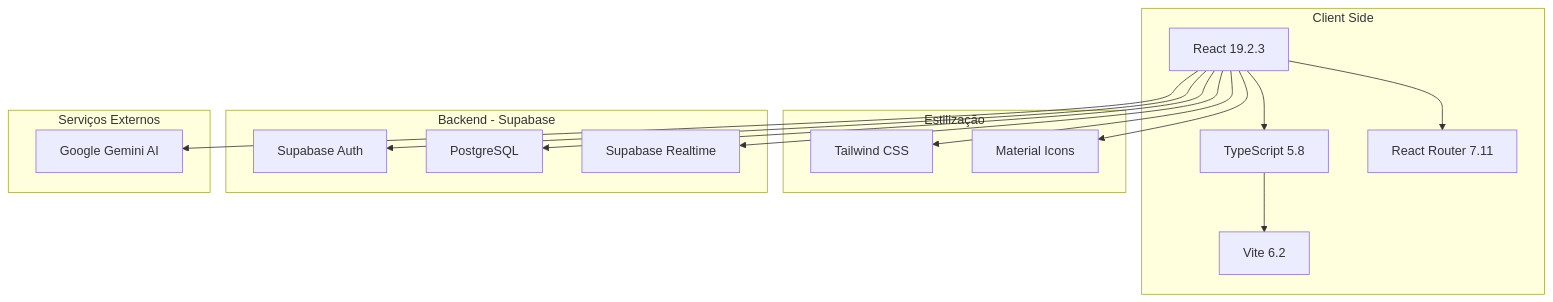
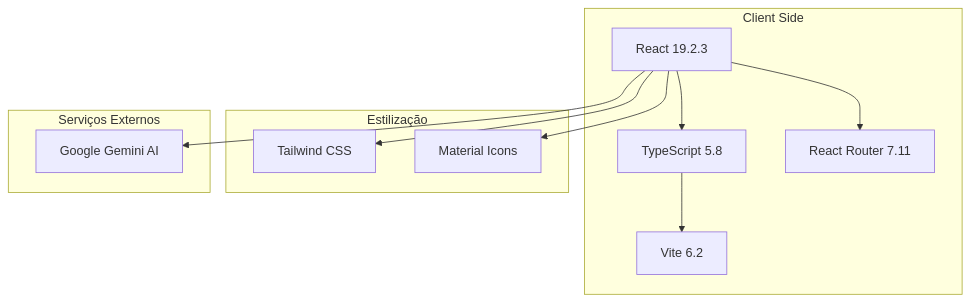
Before and after one commit to OlosLive/holidayGo: the first of 11 diagrams in docs/ARCHITECTURE.md, drawn with Mermaid. The commit also changed other lines of this file and 8 other files, not shown here.

````diff
--- a/docs/ARCHITECTURE.md
+++ b/docs/ARCHITECTURE.md
@@ -27,34 +24,25 @@
 ```mermaid
 graph TB
     subgraph ClientSide[Client Side]
         React[React 19.2.3]
         TS[TypeScript 5.8]
         Router[React Router 7.11]
         Vite[Vite 6.2]
     end
     
     subgraph Styling[Estilização]
         Tailwind[Tailwind CSS]
         Icons[Material Icons]
     end
     
-    subgraph Backend[Backend - Supabase]
-        Auth[Supabase Auth]
-        DB[PostgreSQL]
-        Realtime[Supabase Realtime]
-    end
-    
     subgraph External[Serviços Externos]
         Gemini[Google Gemini AI]
     end
     
     React --> TS
     React --> Router
     TS --> Vite
     React --> Tailwind
     React --> Icons
-    React --> Auth
-    React --> DB
-    React --> Realtime
     React --> Gemini
 ```
````
